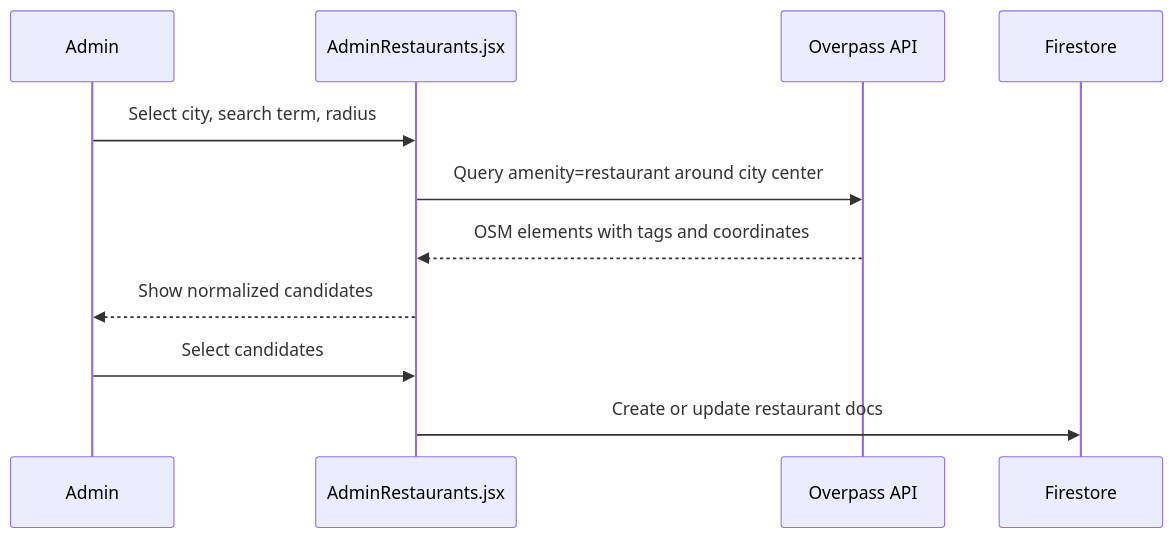
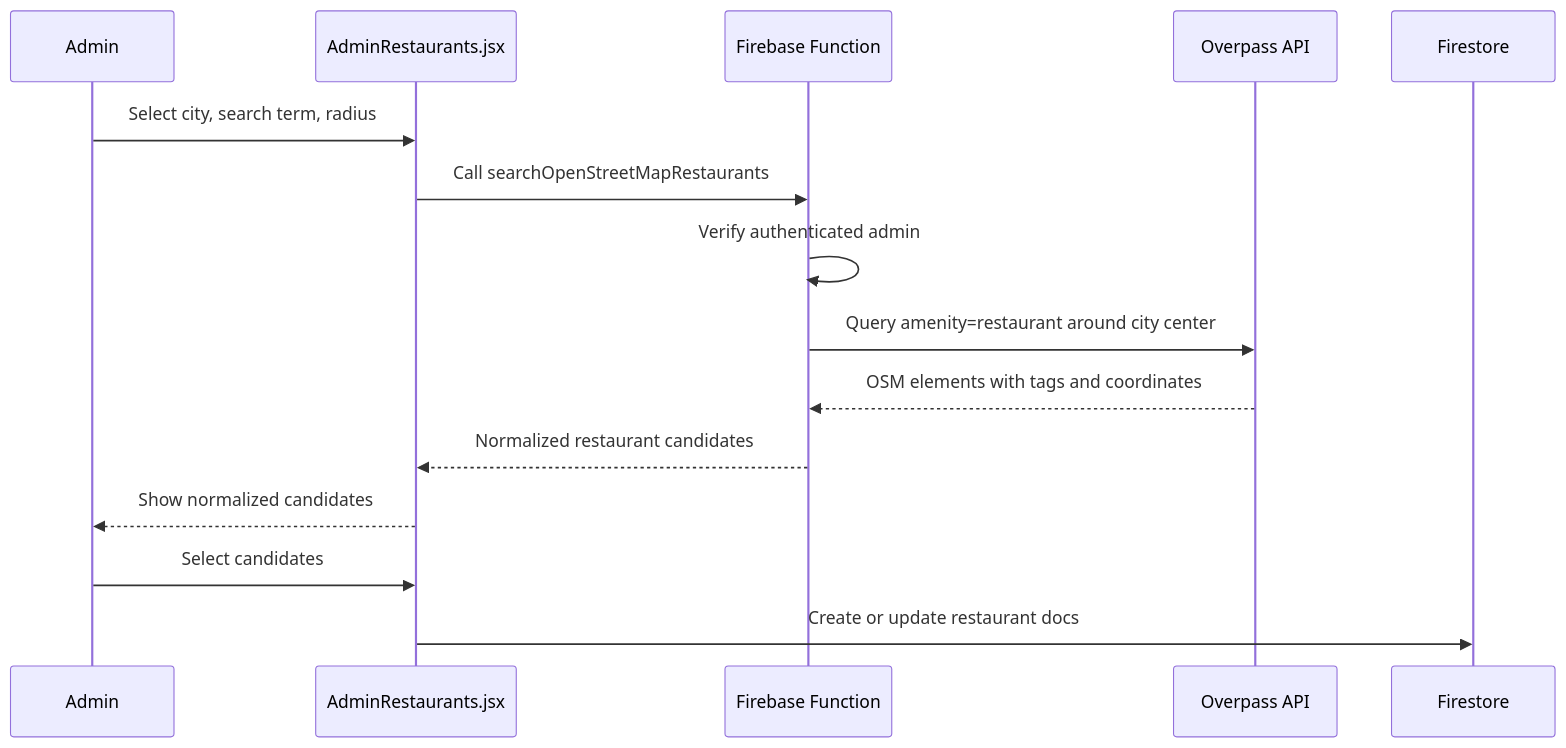
Before and after one commit to emiraydnx/yoresel_lezzetler: the second of 2 diagrams in docs/restaurant-location-api-plan.md, drawn with Mermaid. The commit also changed other lines of this file and 10 other files, not shown here.

Commit message:
recaptcha,google sign-in eklentileri import edildi.openStreetMap ile domain üzerinden admin girişi yapıldığında veri çekebiliyor.

````diff
--- a/docs/restaurant-location-api-plan.md
+++ b/docs/restaurant-location-api-plan.md
@@ -21,14 +22,18 @@
 ```mermaid
 sequenceDiagram
   participant A as Admin
   participant UI as AdminRestaurants.jsx
+  participant FN as Firebase Function
   participant OSM as Overpass API
   participant DB as Firestore
 
   A->>UI: Select city, search term, radius
-  UI->>OSM: Query amenity=restaurant around city center
-  OSM-->>UI: OSM elements with tags and coordinates
+  UI->>FN: Call searchOpenStreetMapRestaurants
+  FN->>FN: Verify authenticated admin
+  FN->>OSM: Query amenity=restaurant around city center
+  OSM-->>FN: OSM elements with tags and coordinates
+  FN-->>UI: Normalized restaurant candidates
   UI-->>A: Show normalized candidates
   A->>UI: Select candidates
   UI->>DB: Create or update restaurant docs
 ```
````
